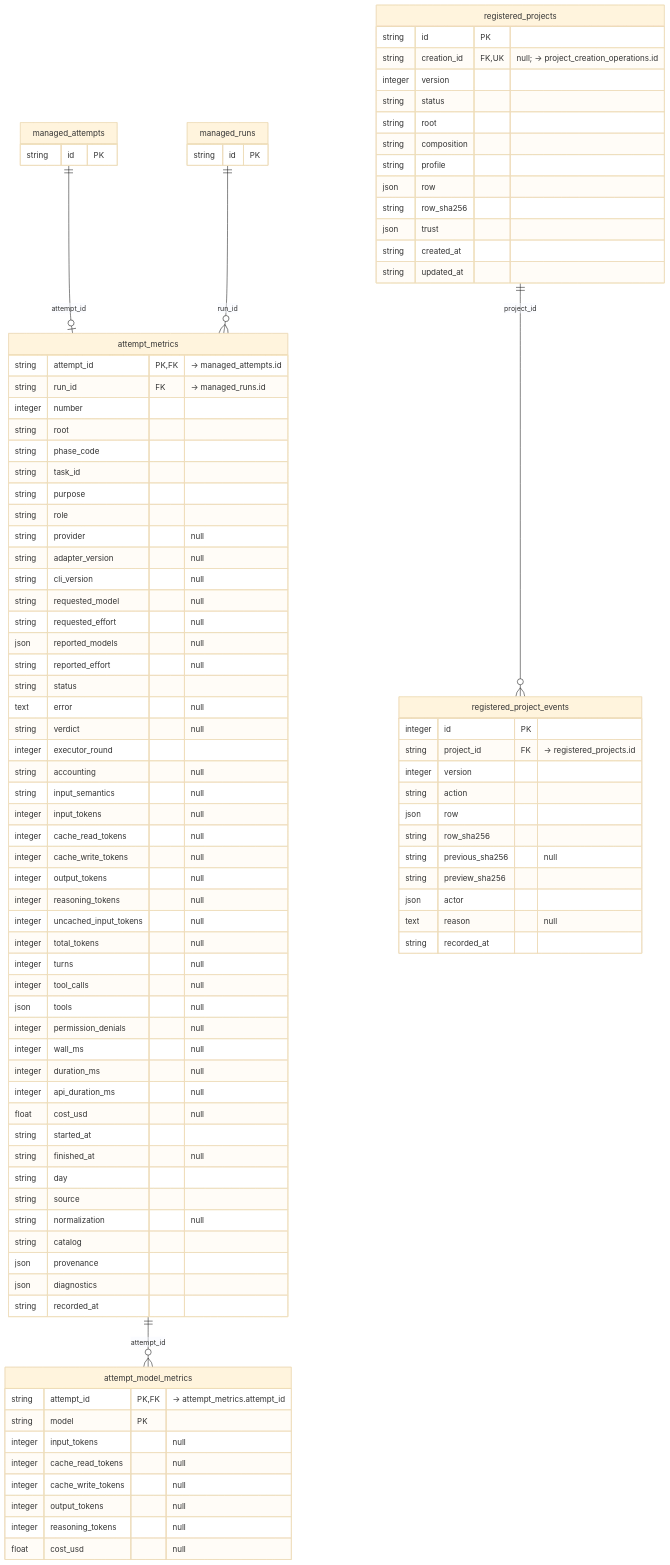
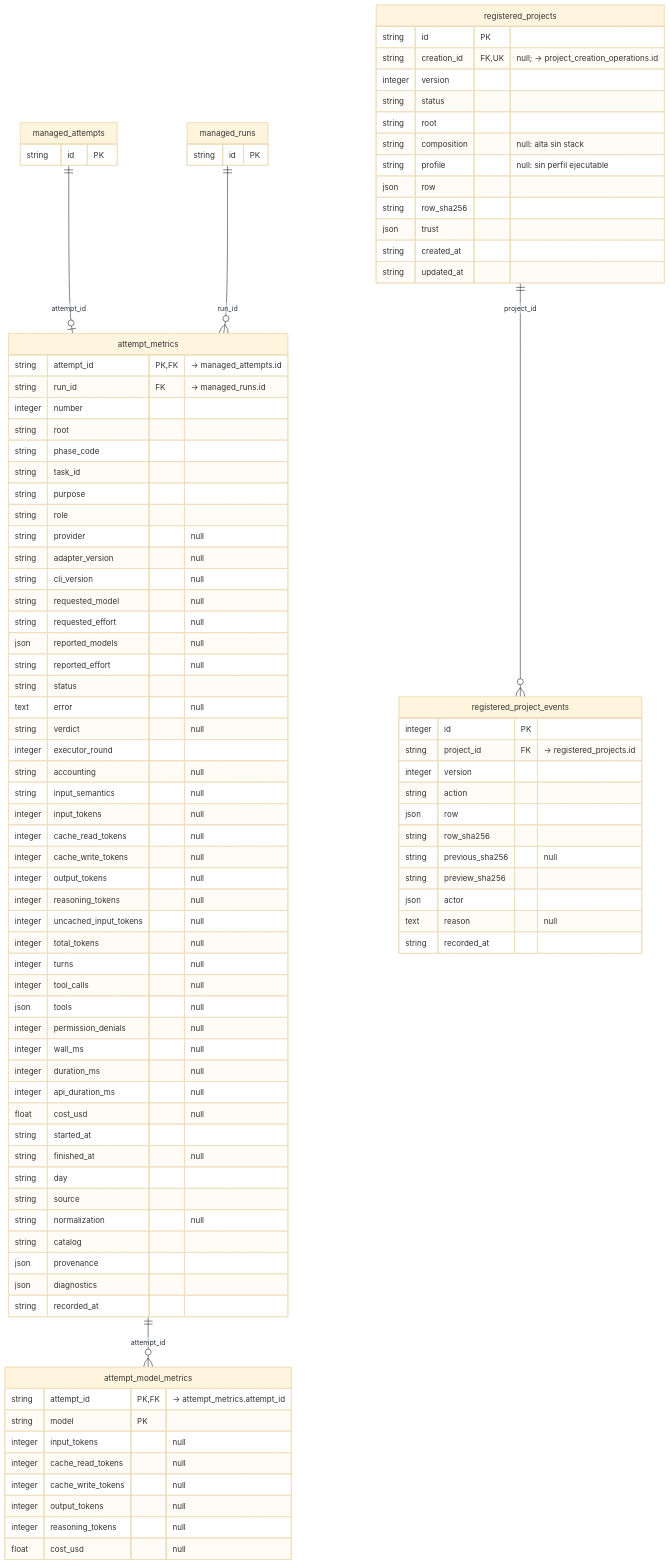
Before and after one commit to AcostaDDev/my-harness-archive: the eighth of 13 diagrams in docs/DDBB-DIAGRAM.md, drawn with Mermaid (base theme). The commit also changed other lines of this file and 45 other files, not shown here.

```diff
--- a/docs/DDBB-DIAGRAM.md
+++ b/docs/DDBB-DIAGRAM.md
@@ -646,8 +666,8 @@
         integer version
         string status
         string root
-        string composition
-        string profile
+        string composition "null: alta sin stack"
+        string profile "null: sin perfil ejecutable"
         json row
         string row_sha256
         json trust
```
